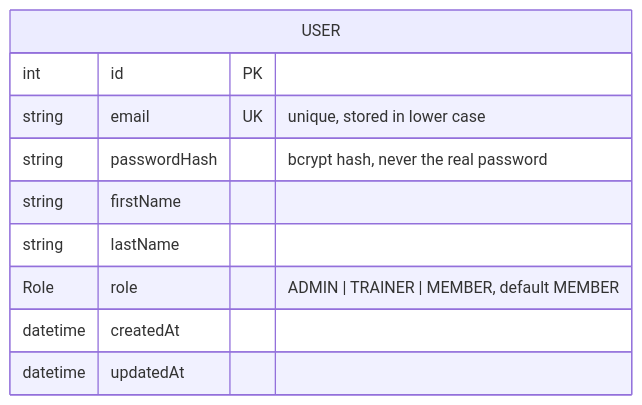
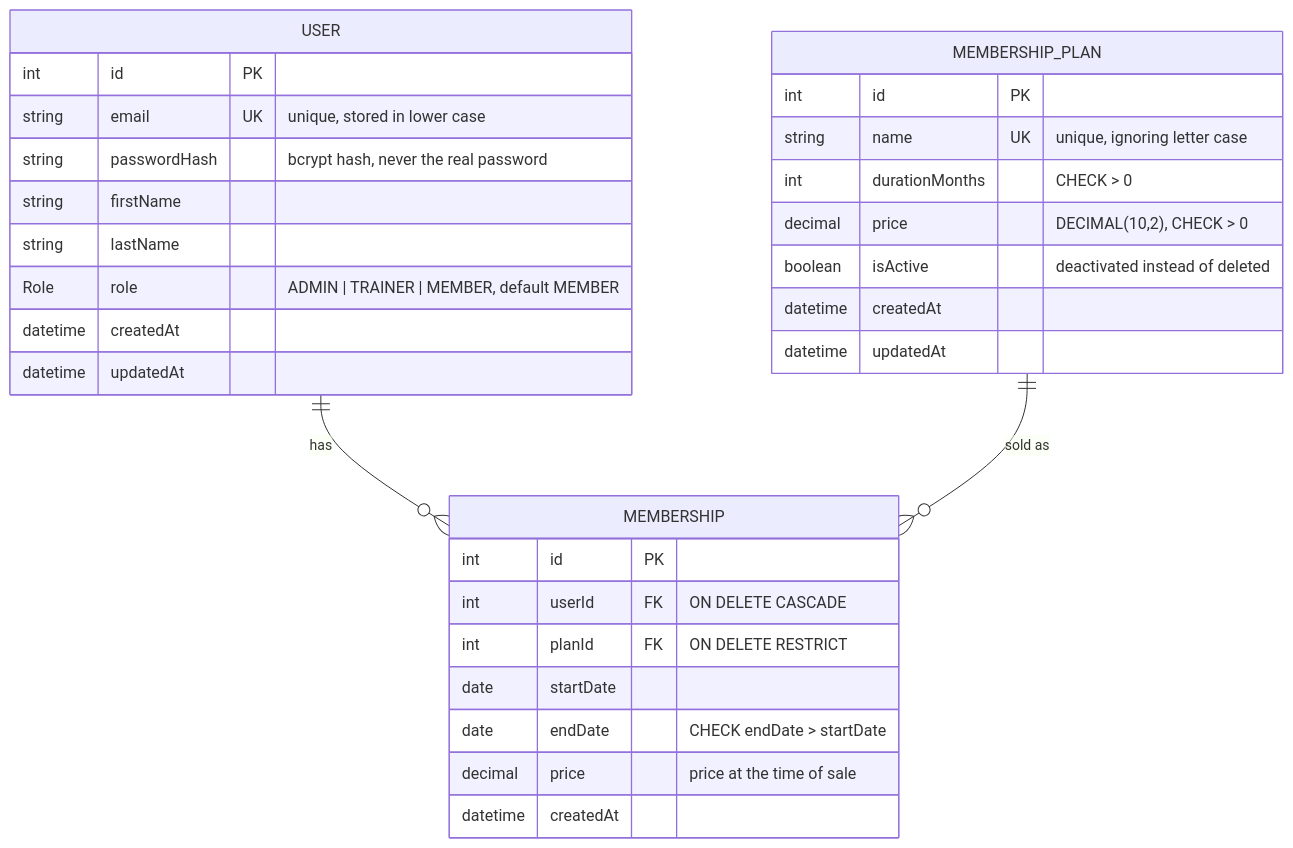
Before and after one commit to Yousifqayssar/gymflow: the first of 2 diagrams in docs/diagrams/er-diagram.md, drawn with Mermaid. The commit also changed other lines of this file and 3 other files, not shown here.

Commit message:
docs: add Stage 2 development log, ER diagram update and week 3 report

````diff
--- a/docs/diagrams/er-diagram.md
+++ b/docs/diagrams/er-diagram.md
@@ -7,13 +7,34 @@
 ```mermaid
 erDiagram
+    USER ||--o{ MEMBERSHIP : "has"
+    MEMBERSHIP_PLAN ||--o{ MEMBERSHIP : "sold as"
+
     USER {
         int id PK
         string email UK "unique, stored in lower case"
         string passwordHash "bcrypt hash, never the real password"
         string firstName
         string lastName
         Role role "ADMIN | TRAINER | MEMBER, default MEMBER"
         datetime createdAt
         datetime updatedAt
     }
+    MEMBERSHIP_PLAN {
+        int id PK
+        string name UK "unique, ignoring letter case"
+        int durationMonths "CHECK > 0"
+        decimal price "DECIMAL(10,2), CHECK > 0"
+        boolean isActive "deactivated instead of deleted"
+        datetime createdAt
+        datetime updatedAt
+    }
+    MEMBERSHIP {
+        int id PK
+        int userId FK "ON DELETE CASCADE"
+        int planId FK "ON DELETE RESTRICT"
+        date startDate
+        date endDate "CHECK endDate > startDate"
+        decimal price "price at the time of sale"
+        datetime createdAt
+    }
 ```
````
